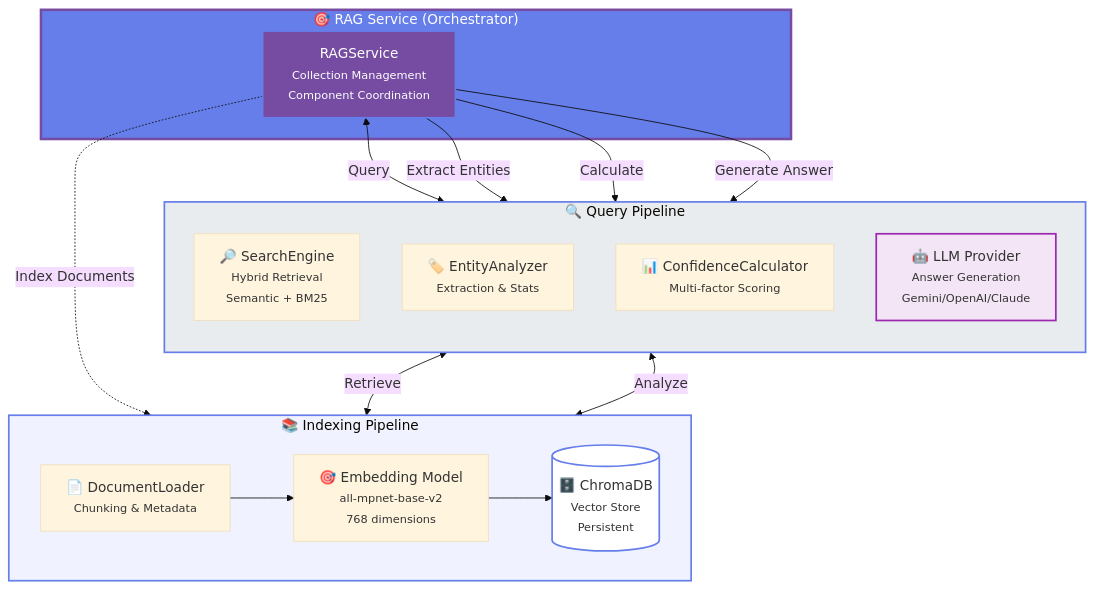
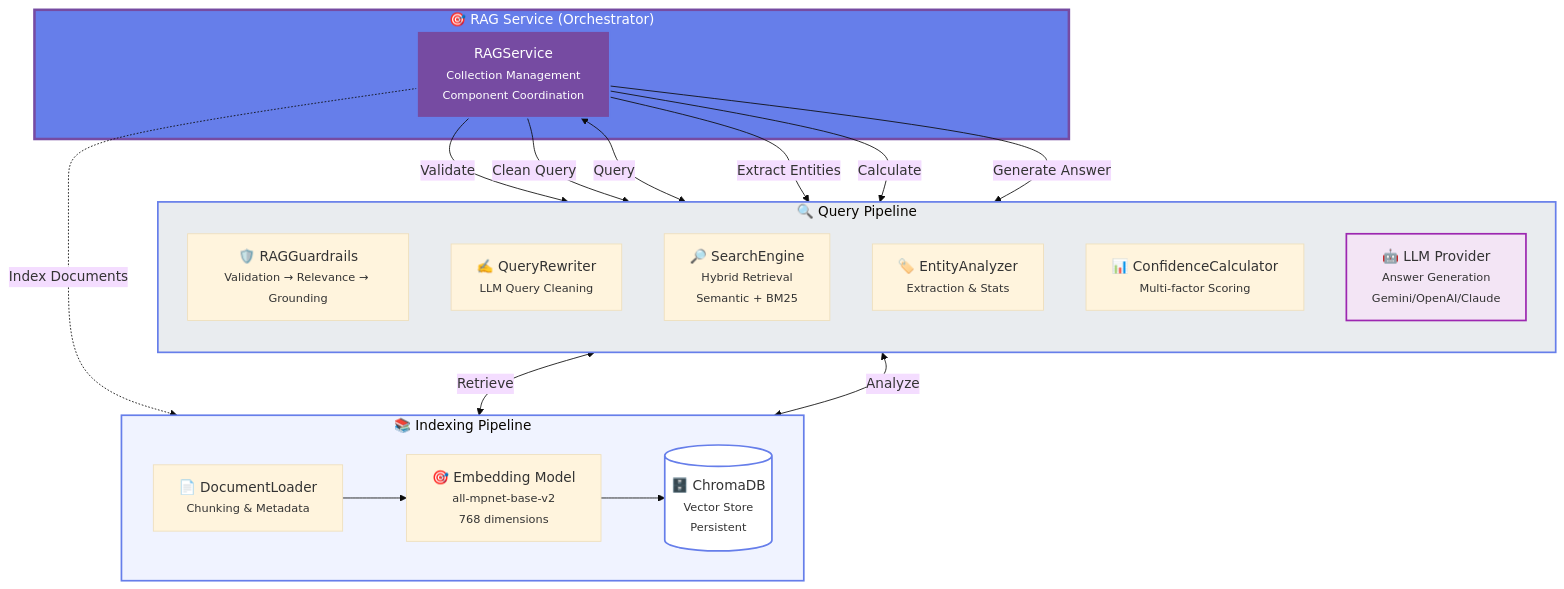
One commit to JustaKris/Trump-Rally-Speeches-NLP-Chatbot changed the fifth of 16 diagrams in docs/reference/architecture.md. Above: the diagram before and after it, drawn with Mermaid. The commit also changed other lines of this file and 1 other file, not shown here.

First line of the commit message:
docs: update architecture reference and roadmap

````diff
--- a/docs/reference/architecture.md
+++ b/docs/reference/architecture.md
@@ -468,40 +479,44 @@
 ```mermaid
 %%{init: {'theme':'base'}}%%
 flowchart TB
     subgraph Orchestrator["🎯 RAG Service (Orchestrator)"]
         RagService["RAGService<br/><small>Collection Management<br/>Component Coordination</small>"]
     end
     
     subgraph Indexing["📚 Indexing Pipeline"]
         direction LR
         Loader["📄 DocumentLoader<br/><small>Chunking & Metadata</small>"]
         Embedder["🎯 Embedding Model<br/><small>all-mpnet-base-v2<br/>768 dimensions</small>"]
         DB[("🗄️ ChromaDB<br/><small>Vector Store<br/>Persistent</small>")]
         
         Loader --> Embedder
         Embedder --> DB
     end
     
     subgraph Query["🔍 Query Pipeline"]
         direction TB
+        Guardrails["🛡️ RAGGuardrails<br/><small>Validation → Relevance → Grounding</small>"]
+        Rewriter["✍️ QueryRewriter<br/><small>LLM Query Cleaning</small>"]
         Search["🔎 SearchEngine<br/><small>Hybrid Retrieval<br/>Semantic + BM25</small>"]
         Entities["🏷️ EntityAnalyzer<br/><small>Extraction & Stats</small>"]
         Confidence["📊 ConfidenceCalculator<br/><small>Multi-factor Scoring</small>"]
         LLM["🤖 LLM Provider<br/><small>Answer Generation<br/>Gemini/OpenAI/Claude</small>"]
     end
     
     RagService -.->|"Index Documents"| Loader
+    RagService -->|"Validate"| Guardrails
+    RagService -->|"Clean Query"| Rewriter
     RagService <-->|"Query"| Search
     Search <-->|"Retrieve"| DB
     RagService -->|"Extract Entities"| Entities
     Entities <-->|"Analyze"| DB
     RagService -->|"Calculate"| Confidence
     RagService -->|"Generate Answer"| LLM
     
     style Orchestrator fill:#667eea,stroke:#764ba2,stroke-width:3px,color:#fff
     style Indexing fill:#f0f3ff,stroke:#667eea,stroke-width:2px
     style Query fill:#e9ecef,stroke:#667eea,stroke-width:2px
     style RagService fill:#764ba2,stroke:#667eea,stroke-width:2px,color:#fff
     style DB fill:#fff,stroke:#667eea,stroke-width:2px
     style LLM fill:#f3e5f5,stroke:#9c27b0,stroke-width:2px
 ```
````
